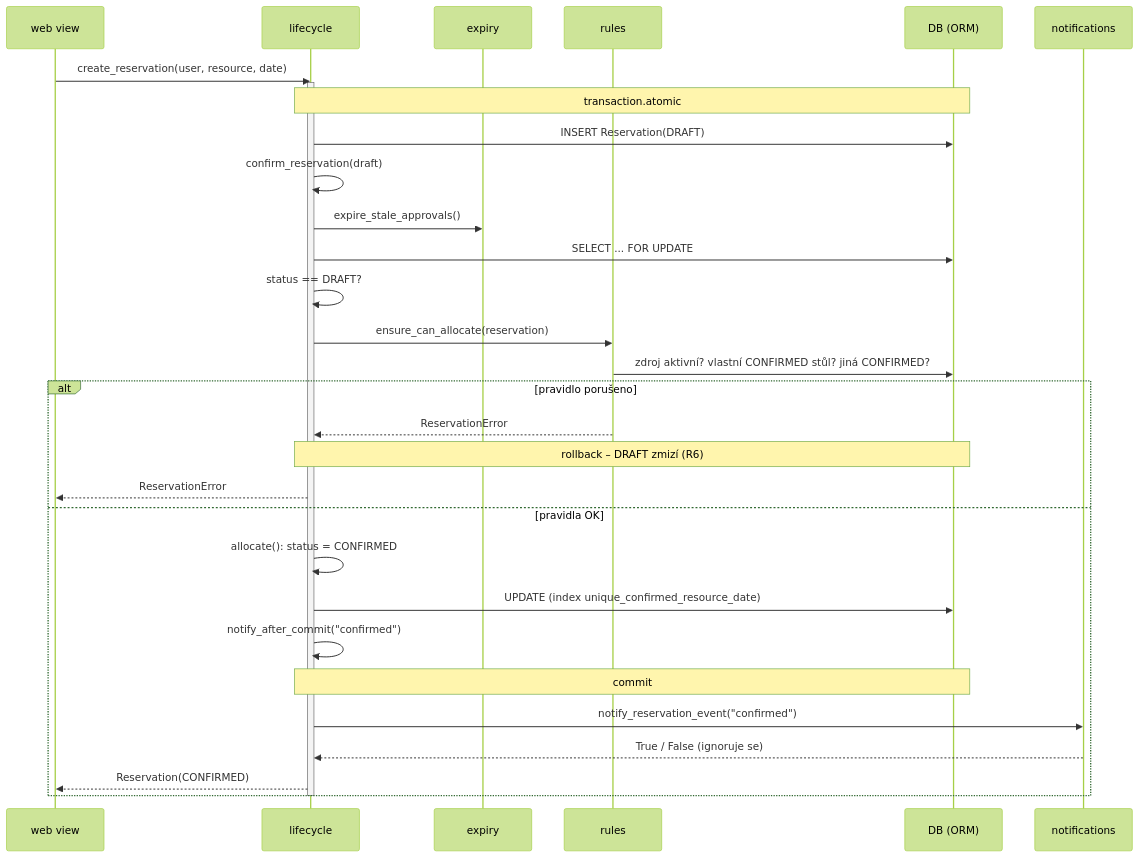
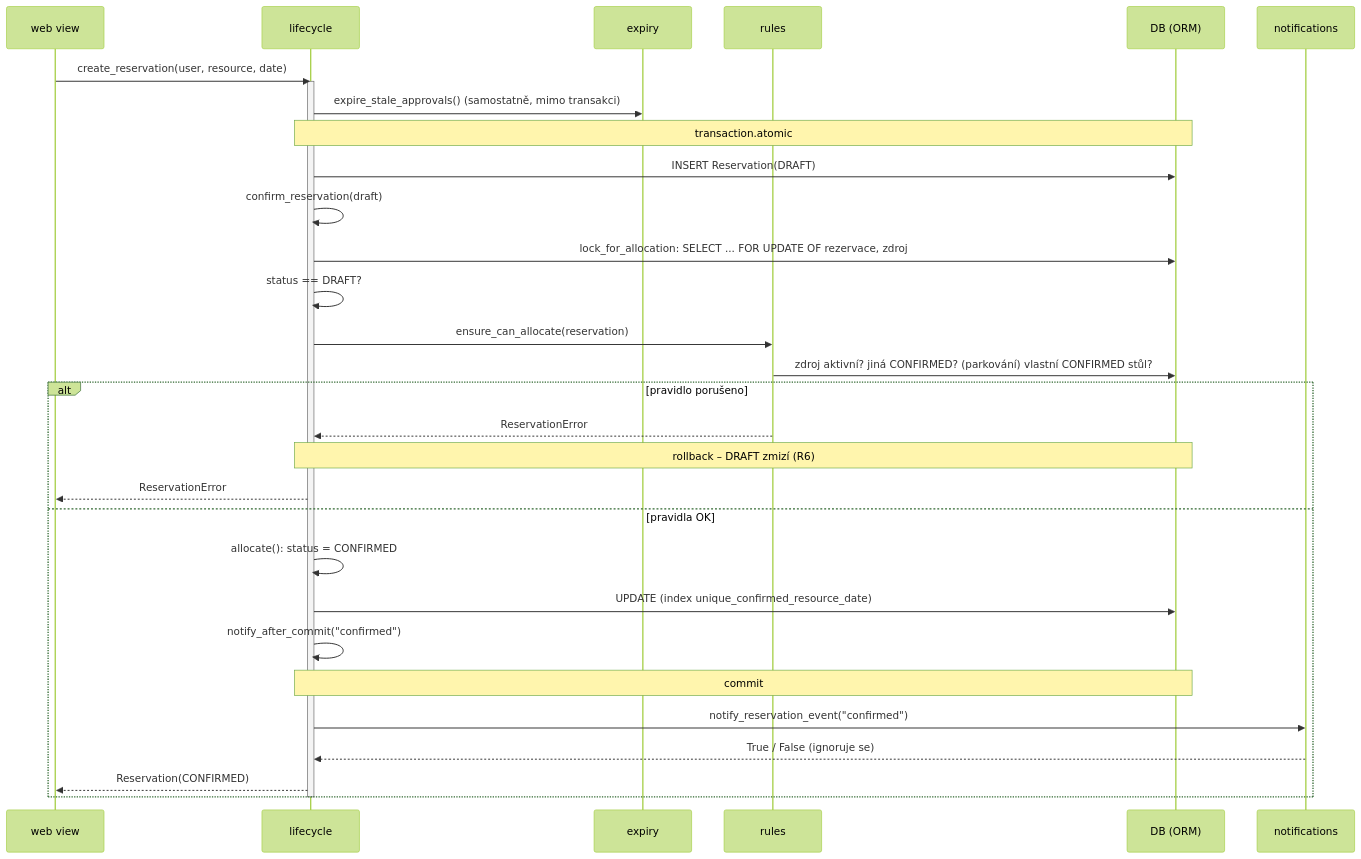
One commit to jakubcernik/Office-Reservation-System changed the third of 3 diagrams in docs/architecture-and-decisions.md. Above: the diagram before and after it, drawn with Mermaid (forest theme). The commit also changed other lines of this file and 15 other files, not shown here.

````diff
--- a/docs/architecture-and-decisions.md
+++ b/docs/architecture-and-decisions.md
@@ -393,34 +399,34 @@
 ```mermaid
 sequenceDiagram
     participant V as web view
     participant L as lifecycle
     participant E as expiry
     participant R as rules
     participant DB as DB (ORM)
     participant N as notifications
 
     V->>L: create_reservation(user, resource, date)
     activate L
+    L->>E: expire_stale_approvals() (samostatně, mimo transakci)
     Note over L,DB: transaction.atomic
     L->>DB: INSERT Reservation(DRAFT)
     L->>L: confirm_reservation(draft)
-    L->>E: expire_stale_approvals()
-    L->>DB: SELECT ... FOR UPDATE
+    L->>DB: lock_for_allocation: SELECT ... FOR UPDATE OF rezervace, zdroj
     L->>L: status == DRAFT?
     L->>R: ensure_can_allocate(reservation)
-    R->>DB: zdroj aktivní? vlastní CONFIRMED stůl? jiná CONFIRMED?
+    R->>DB: zdroj aktivní? jiná CONFIRMED? (parkování) vlastní CONFIRMED stůl?
     alt pravidlo porušeno
         R-->>L: ReservationError
         Note over L,DB: rollback – DRAFT zmizí (R6)
         L-->>V: ReservationError
     else pravidla OK
         L->>L: allocate(): status = CONFIRMED
         L->>DB: UPDATE (index unique_confirmed_resource_date)
         L->>L: notify_after_commit("confirmed")
         Note over L,DB: commit
         L->>N: notify_reservation_event("confirmed")
         N-->>L: True / False (ignoruje se)
         L-->>V: Reservation(CONFIRMED)
     end
     deactivate L
 ```
````
